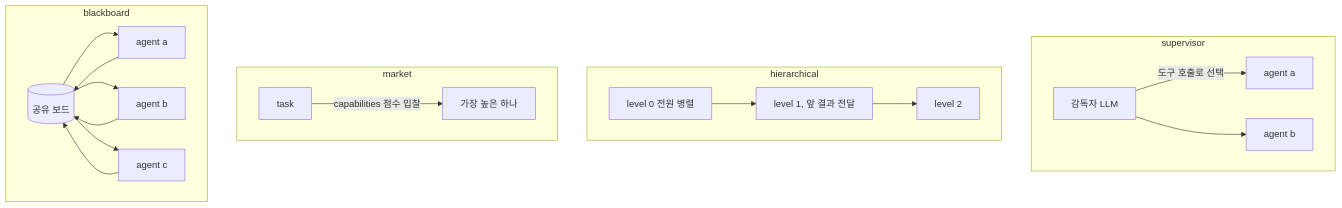
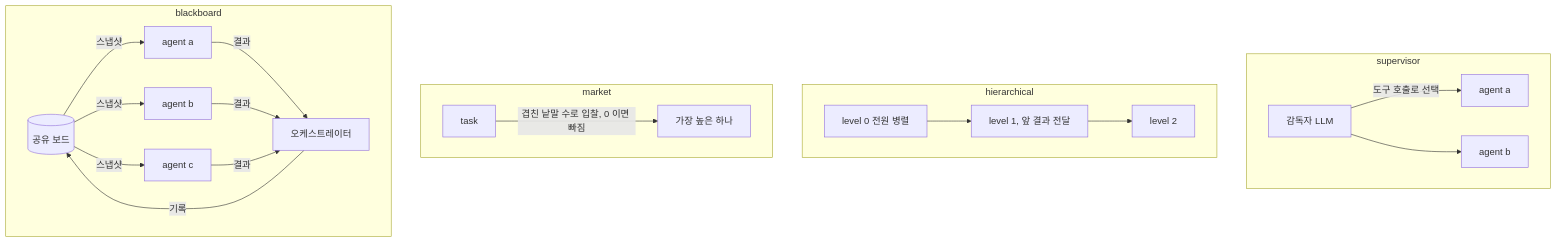
One commit to ash-hun/jarvis-agent changed the first of 2 diagrams in website/docs/concepts/multi-agent-orchestration/orchestration-pattern.md. Above: the diagram before and after it, drawn with Mermaid. The commit also changed other lines of this file and 30 other files, not shown here.

First line of the commit message:
Docs: 기능별 그림 13장과 캡션, mermaid 를 지금 코드에 맞춰, 사라진 메모리 미들웨어와 ThoughtFrame 약속 필드를 지우고 이후 추가된 경로를 그린다 (#179)

````diff
--- a/website/docs/concepts/multi-agent-orchestration/orchestration-pattern.md
+++ b/website/docs/concepts/multi-agent-orchestration/orchestration-pattern.md
@@ -31,17 +31,18 @@
 ```mermaid
 flowchart TB
   subgraph supervisor
     SV[감독자 LLM] -->|도구 호출로 선택| A1[agent a]
     SV --> A2[agent b]
   end
   subgraph hierarchical
     L0[level 0 전원 병렬] --> L1[level 1, 앞 결과 전달] --> L2[level 2]
   end
   subgraph market
-    TK[task] -->|capabilities 점수 입찰| W[가장 높은 하나]
+    TK[task] -->|겹친 낱말 수로 입찰, 0 이면 빠짐| W[가장 높은 하나]
   end
   subgraph blackboard
-    BB[(공유 보드)] --> B1[agent a] & B2[agent b] & B3[agent c]
-    B1 & B2 & B3 --> BB
+    BB[(공유 보드)] -->|스냅샷| B1[agent a] & B2[agent b] & B3[agent c]
+    B1 & B2 & B3 -->|결과| ORC[오케스트레이터]
+    ORC -->|기록| BB
   end
 ```
````
